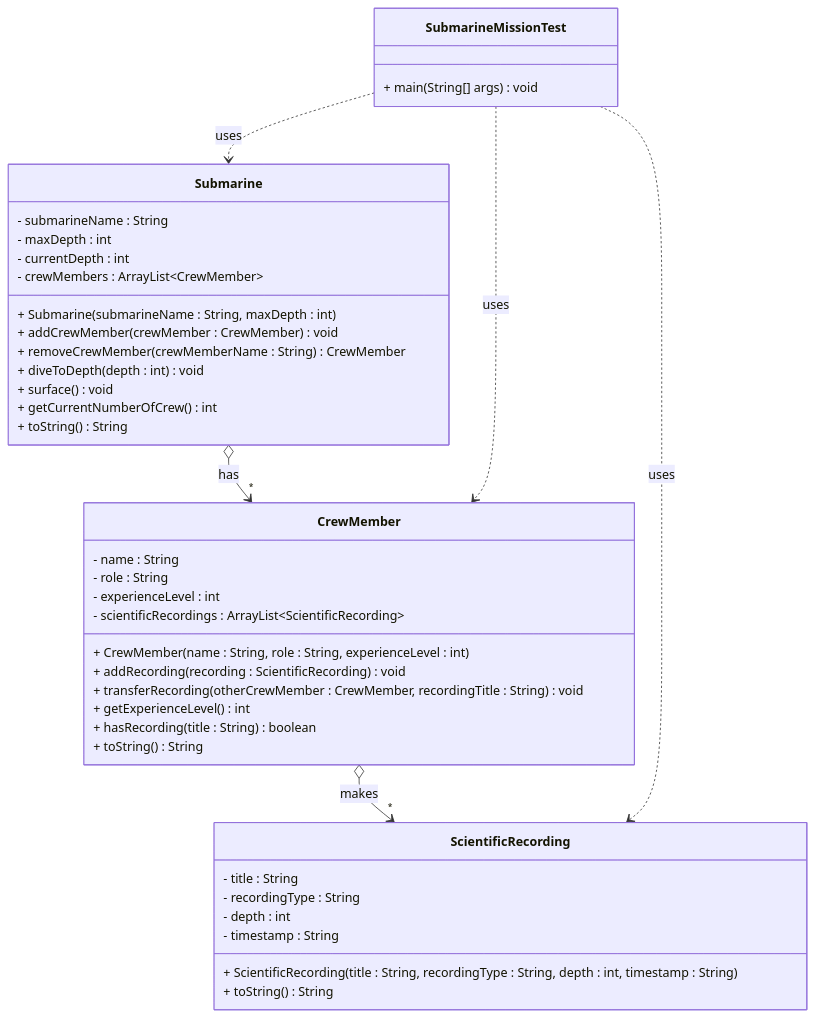
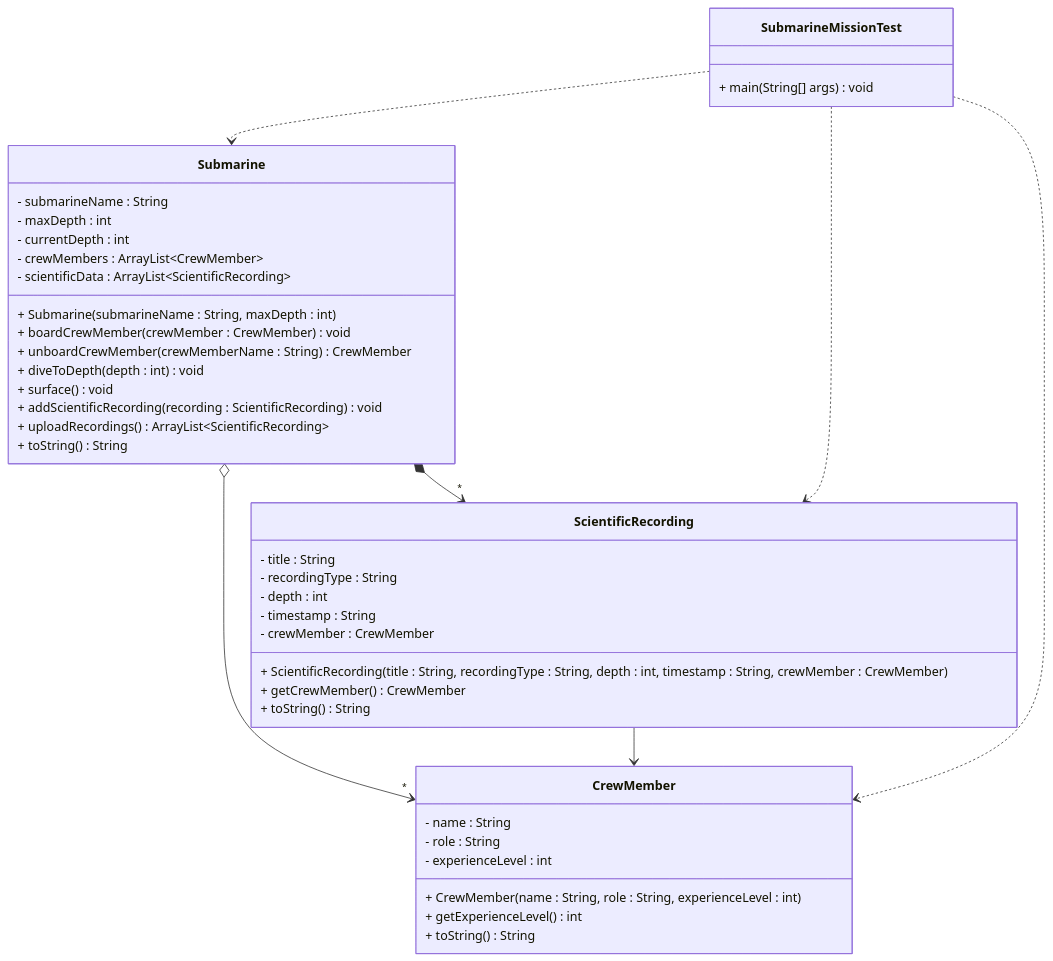
The diagram in Articles/Session 12 - One to Many/012 Exercise - Submarine.md (TroelsMortensen/Codelabs2), drawn with Mermaid before and after one commit. The commit also changed other lines of this file and 1 other file, not shown here.

````diff
--- a/Articles/Session 12 - One to Many/012 Exercise - Submarine.md
+++ b/Articles/Session 12 - One to Many/012 Exercise - Submarine.md
@@ -13,48 +17,49 @@
 ```mermaid
 classDiagram
     class Submarine {
         - submarineName : String
         - maxDepth : int
         - currentDepth : int
         - crewMembers : ArrayList~CrewMember~
+        - scientificData : ArrayList~ScientificRecording~
         + Submarine(submarineName : String, maxDepth : int)
-        + addCrewMember(crewMember : CrewMember) void
-        + removeCrewMember(crewMemberName : String) CrewMember
+        + boardCrewMember(crewMember : CrewMember) void
+        + unboardCrewMember(crewMemberName : String) CrewMember
         + diveToDepth(depth : int) void
         + surface() void
-        + getCurrentNumberOfCrew() int
+        + addScientificRecording(recording : ScientificRecording) void
+        + uploadRecordings() ArrayList~ScientificRecording~
         + toString() String
     }
     
     class CrewMember {
         - name : String
         - role : String
         - experienceLevel : int
-        - scientificRecordings : ArrayList~ScientificRecording~
         + CrewMember(name : String, role : String, experienceLevel : int)
-        + addRecording(recording : ScientificRecording) void
-        + transferRecording(otherCrewMember : CrewMember, recordingTitle : String) void
         + getExperienceLevel() int
-        + hasRecording(title : String) boolean
         + toString() String
     }
     
     class ScientificRecording {
         - title : String
         - recordingType : String
         - depth : int
         - timestamp : String
-        + ScientificRecording(title : String, recordingType : String, depth : int, timestamp : String)
+        - crewMember : CrewMember
+        + ScientificRecording(title : String, recordingType : String, depth : int, timestamp : String, crewMember : CrewMember)
+        + getCrewMember() CrewMember
         + toString() String
     }
     
     class SubmarineMissionTest {
         + main(String[] args) void
     }
     
-    Submarine o--> "*" CrewMember : has
-    CrewMember o--> "*" ScientificRecording : makes
-    SubmarineMissionTest ..> Submarine : uses
-    SubmarineMissionTest ..> CrewMember : uses
-    SubmarineMissionTest ..> ScientificRecording : uses
+    Submarine o--> "*" CrewMember
+    Submarine *--> "*" ScientificRecording
+    ScientificRecording --> CrewMember
+    SubmarineMissionTest ..> Submarine
+    SubmarineMissionTest ..> CrewMember 
+    SubmarineMissionTest ..> ScientificRecording
 ```
````
